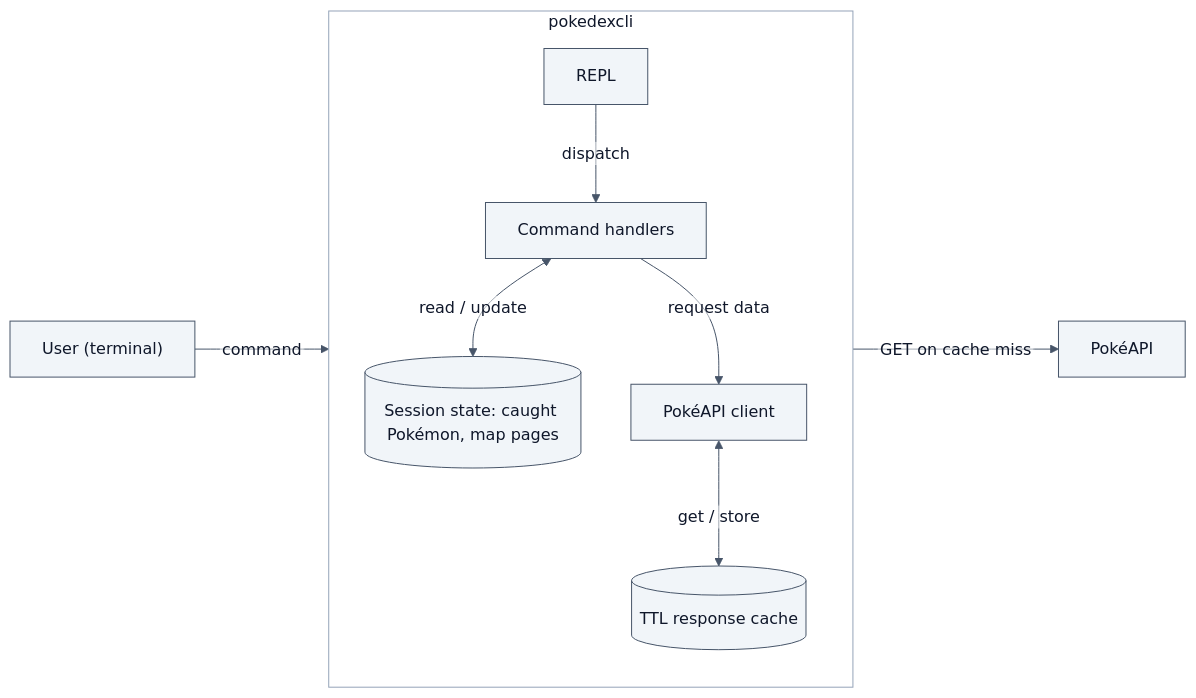
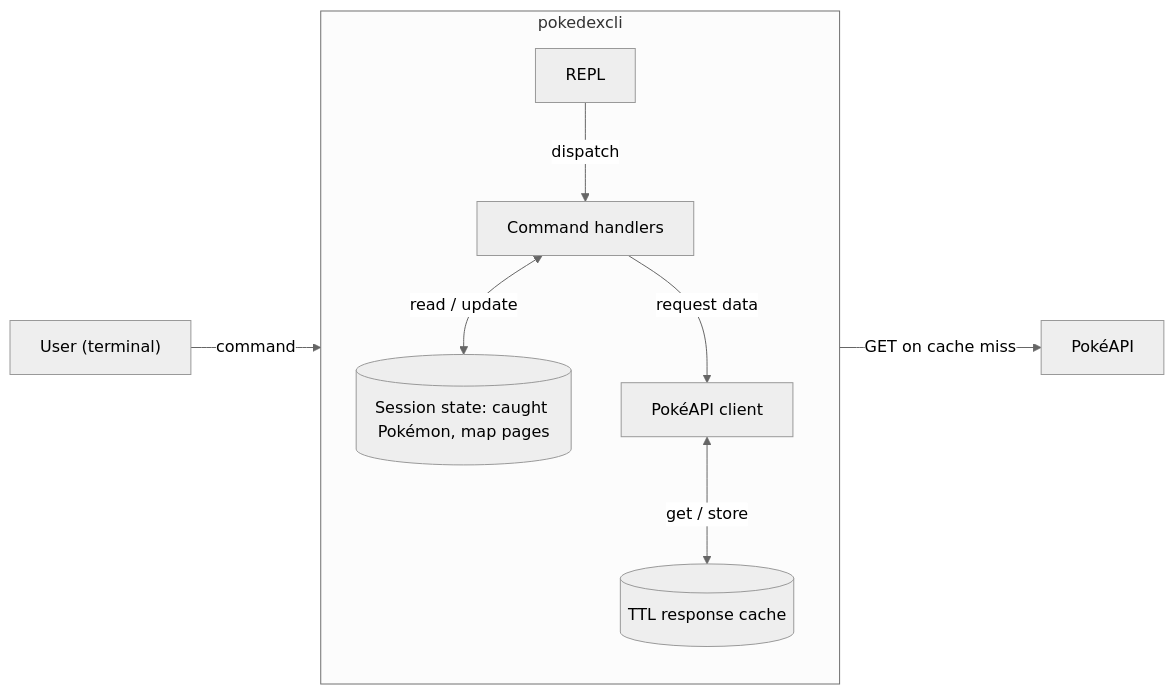
The diagram in docs/architecture.mmd (3mmarx/Pokedex), drawn with Mermaid before and after one commit. The commit also changed 1 other file, not shown here.

Commit message:
docs: use neutral theme for architecture diagram

```diff
--- a/docs/architecture.mmd
+++ b/docs/architecture.mmd
@@ -1,43 +1,22 @@
-%%{init: {
-  "theme": "base",
-  "themeVariables": {
-    "background": "#FFFFFF",
-    "primaryColor": "#F1F5F9",
-    "primaryTextColor": "#0F172A",
-    "primaryBorderColor": "#475569",
-    "secondaryColor": "#E0F2FE",
-    "secondaryTextColor": "#0F172A",
-    "secondaryBorderColor": "#0284C7",
-    "tertiaryColor": "#F8FAFC",
-    "tertiaryTextColor": "#0F172A",
-    "tertiaryBorderColor": "#64748B",
-    "lineColor": "#475569",
-    "textColor": "#0F172A",
-    "clusterBkg": "#FFFFFF",
-    "clusterBorder": "#94A3B8",
-    "edgeLabelBackground": "#FFFFFF",
-    "fontFamily": "ui-sans-serif, system-ui, -apple-system, Segoe UI, sans-serif"
-  },
-  "flowchart": { "curve": "basis", "padding": 16, "htmlLabels": false }
-}}%%
+%%{init: {'theme': 'neutral'}}%%
 flowchart LR
     user["User (terminal)"]
 
     subgraph app["pokedexcli"]
         direction TB
         repl["REPL"]
         cmds["Command handlers"]
         state[("Session state: caught Pokémon, map pages")]
         client["PokéAPI client"]
         cache[("TTL response cache")]
 
         repl -->|dispatch| cmds
         cmds <-->|read / update| state
         cmds -->|request data| client
         client <-->|get / store| cache
     end
 
     api["PokéAPI"]
 
     user -->|command| repl
     client -->|GET on cache miss| api
```
